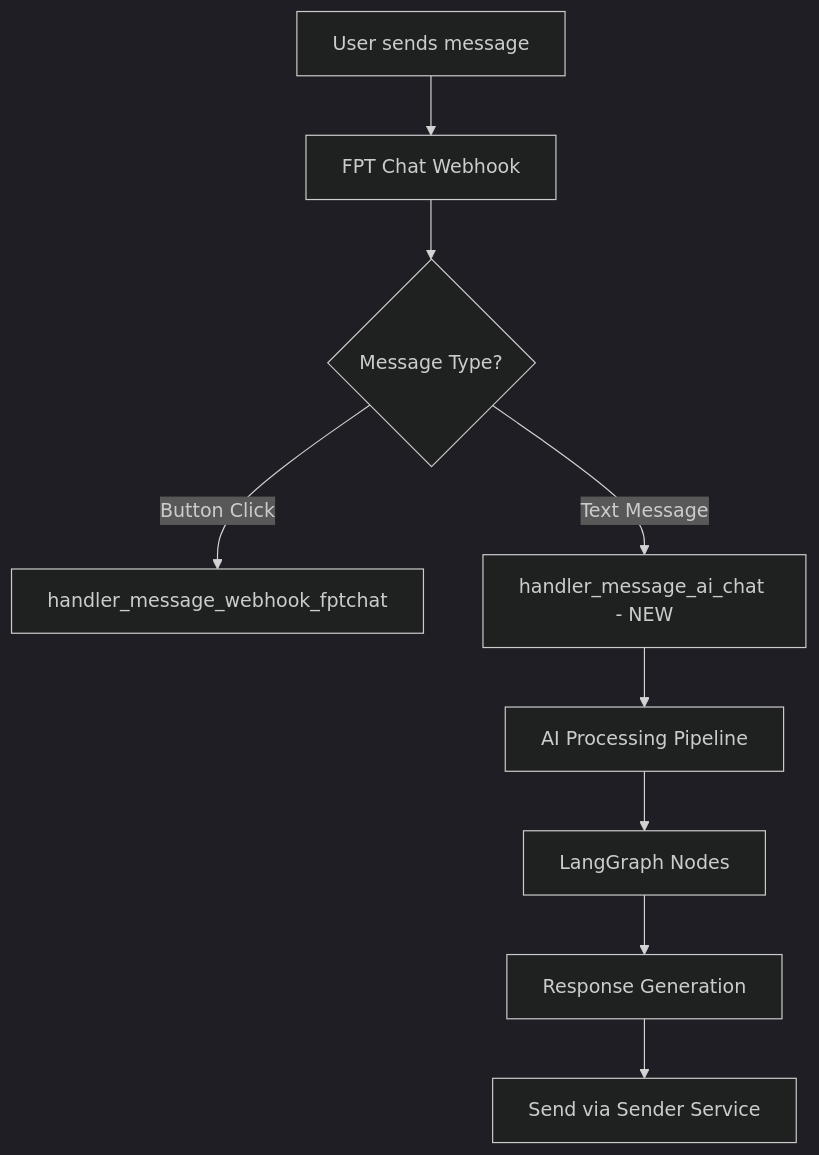
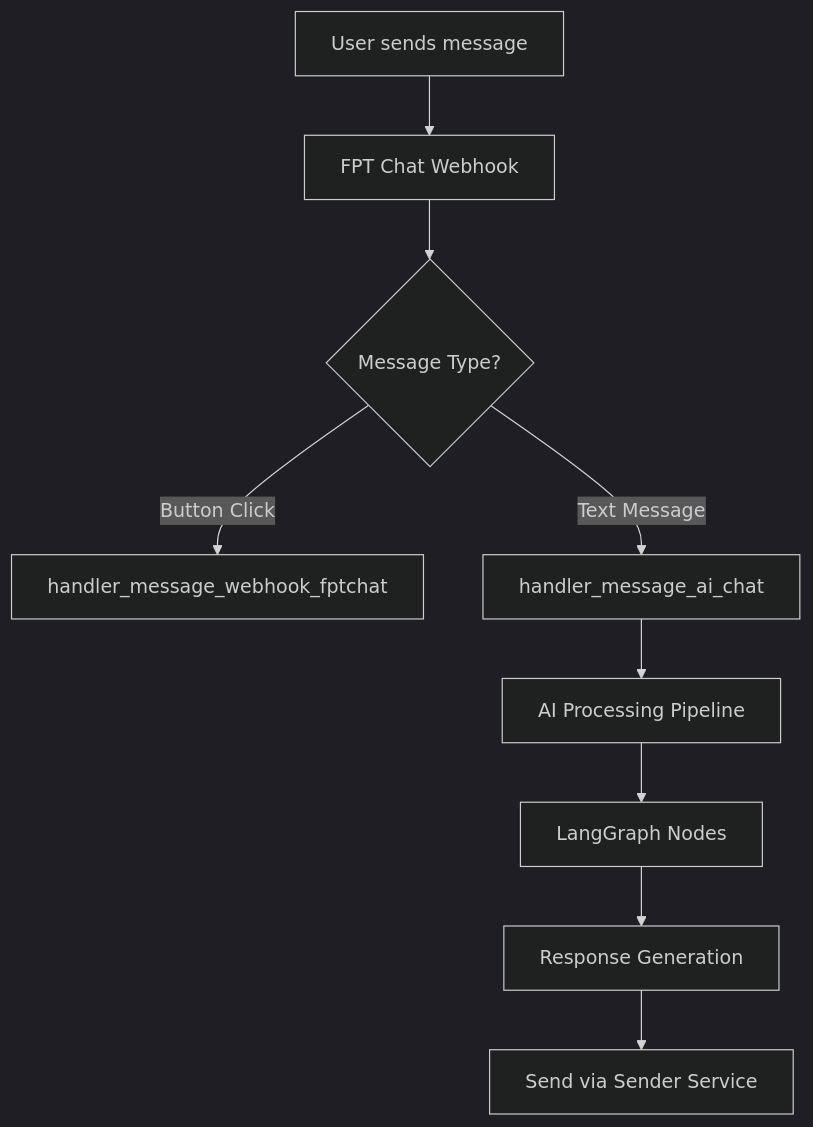
One commit to duonguwu/notification_bot changed the first of 2 diagrams in notification/prompts/ai.md. Above: the diagram before and after it, drawn with Mermaid (dark theme). The commit also changed other lines of this file, not shown here.

````diff
--- a/notification/prompts/ai.md
+++ b/notification/prompts/ai.md
@@ -33,11 +39,11 @@
 ```mermaid
 graph TD
     A[User sends message] --> B[FPT Chat Webhook]
     B --> C{Message Type?}
     C -->|Button Click| D[handler_message_webhook_fptchat]
-    C -->|Text Message| E[handler_message_ai_chat - NEW]
-    E --> F[AI Processing Pipeline]
-    F --> G[LangGraph Nodes]
-    G --> H[Response Generation]
-    H --> I[Send via Sender Service]
+    C -->|Text Message| E[handler_message_ai_chat ]
+    E --> F[AI Processing Pipeline ]
+    F --> G[LangGraph Nodes ]
+    G --> H[Response Generation ]
+    H --> I[Send via Sender Service ]
 ```
````
